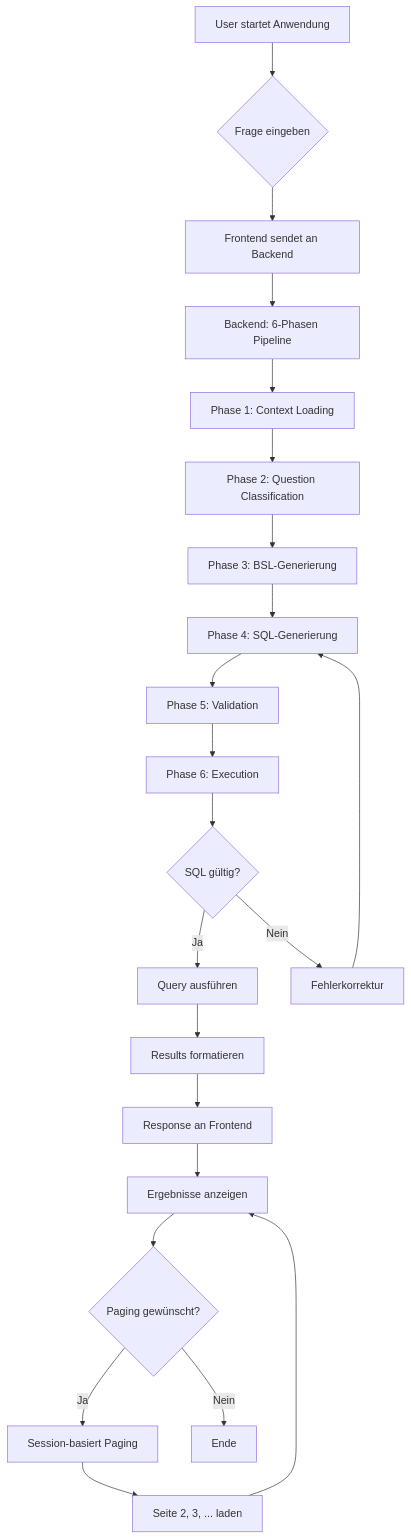
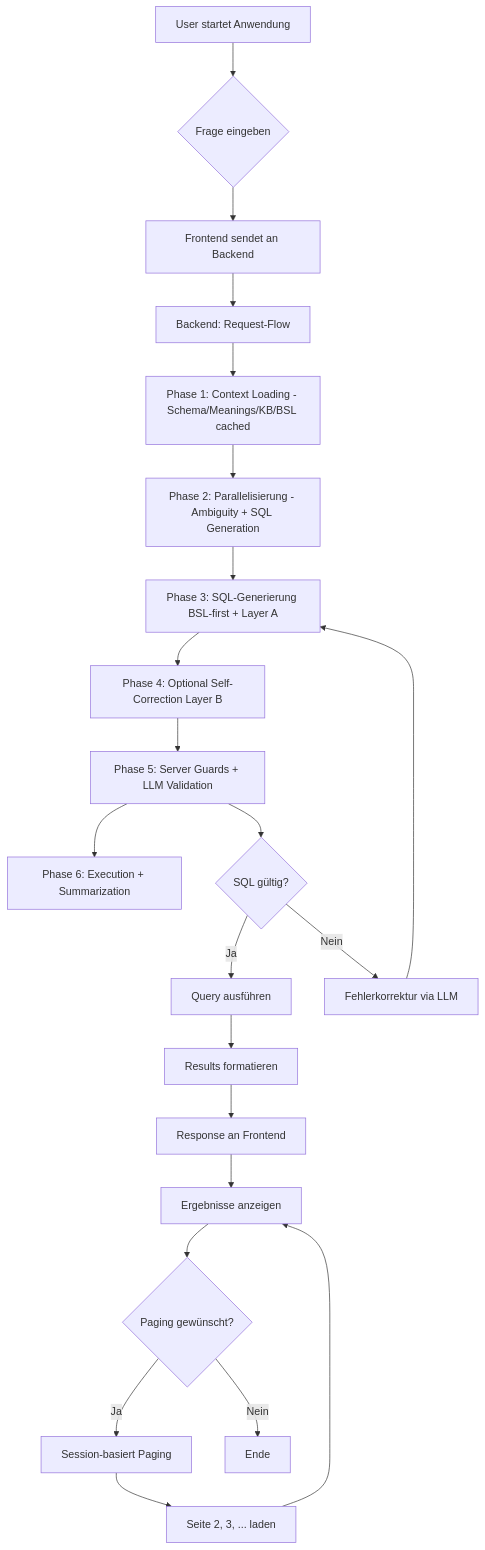
Before and after one commit to JoelRai07/Projekt-Vetter-SQL: the third of 5 diagrams in docs/PROJEKT_ABGABE.md, drawn with Mermaid. The commit also changed other lines of this file and 2 other files, not shown here.

````diff
--- a/docs/PROJEKT_ABGABE.md
+++ b/docs/PROJEKT_ABGABE.md
@@ -186,29 +191,29 @@
 ```mermaid
 flowchart TD
     A[User startet Anwendung] --> B{Frage eingeben}
     B --> C[Frontend sendet an Backend]
-    C --> D[Backend: 6-Phasen Pipeline]
-    
-    D --> E[Phase 1: Context Loading]
-    E --> F[Phase 2: Question Classification]
-    F --> G[Phase 3: BSL-Generierung]
-    G --> H[Phase 4: SQL-Generierung]
-    H --> I[Phase 5: Validation]
-    I --> J[Phase 6: Execution]
-    
-    J --> K{SQL gültig?}
+    C --> D[Backend: Request-Flow]
+
+    D --> E[Phase 1: Context Loading - Schema/Meanings/KB/BSL cached]
+    E --> F[Phase 2: Parallelisierung - Ambiguity + SQL Generation]
+    F --> G[Phase 3: SQL-Generierung BSL-first + Layer A]
+    G --> H[Phase 4: Optional Self-Correction Layer B]
+    H --> I[Phase 5: Server Guards + LLM Validation]
+    I --> J[Phase 6: Execution + Summarization]
+
+    I --> K{SQL gültig?}
     K -->|Ja| L[Query ausführen]
-    K -->|Nein| M[Fehlerkorrektur]
-    M --> H
-    
+    K -->|Nein| M[Fehlerkorrektur via LLM]
+    M --> G
+
     L --> N[Results formatieren]
     N --> O[Response an Frontend]
     O --> P[Ergebnisse anzeigen]
-    
+
     P --> Q{Paging gewünscht?}
     Q -->|Ja| R[Session-basiert Paging]
     Q -->|Nein| S[Ende]
-    
+
     R --> T[Seite 2, 3, ... laden]
     T --> P
 ```
````
